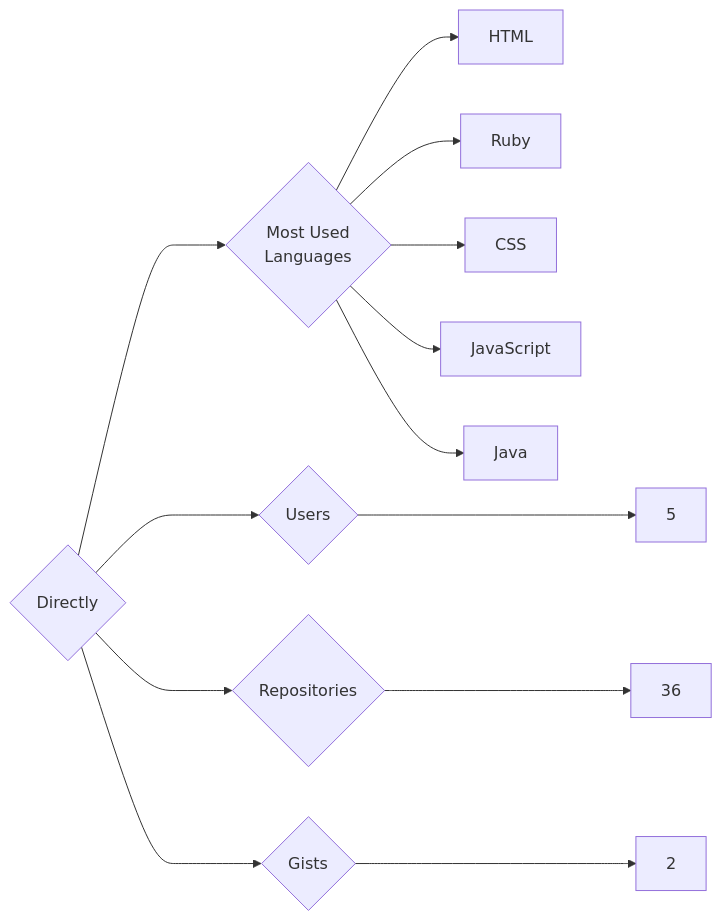
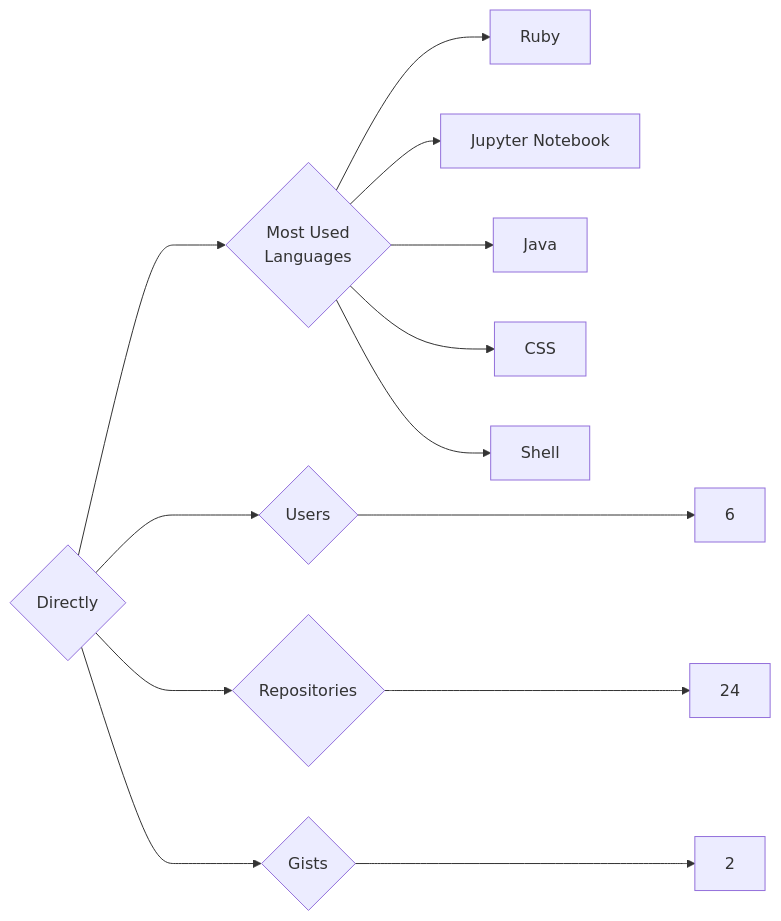
One commit to trickest/insiders changed the diagram in targets/Directly/README.md. Above: the diagram before and after it, drawn with Mermaid. The commit also changed 1055 other files, not shown here.

````diff
--- a/targets/Directly/README.md
+++ b/targets/Directly/README.md
@@ -3,13 +3,13 @@
 ```mermaid
 graph LR
 COMPANY_NAME{Directly}
-COMPANY_NAME ---> U{Users} ---> UN[5]
-COMPANY_NAME ---> R{Repositories} ---> RN[36]
+COMPANY_NAME ---> U{Users} ---> UN[6]
+COMPANY_NAME ---> R{Repositories} ---> RN[24]
 COMPANY_NAME ---> G{Gists} ---> GN[2]
 COMPANY_NAME ---> ML{Most Used<br>Languages}
-ML --> HTML[HTML]
 ML --> Ruby[Ruby]
+ML --> Jupyter_Notebook[Jupyter Notebook]
+ML --> Java[Java]
 ML --> CSS[CSS]
-ML --> JavaScript[JavaScript]
-ML --> Java[Java]
+ML --> Shell[Shell]
 ```
````
